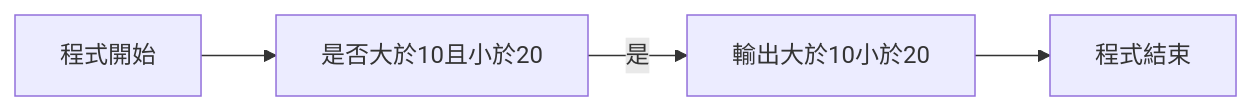
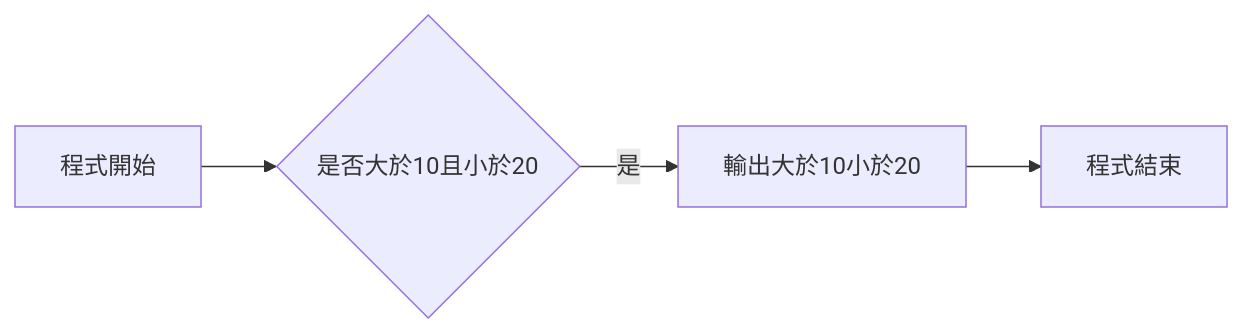
Before and after one commit to Vincenttainan/CppTeachingNote: the third of 5 diagrams in 06_condition.md, drawn with Mermaid. The commit also changed other lines of this file, not shown here.

````diff
--- a/06_condition.md
+++ b/06_condition.md
@@ -77,6 +75,6 @@
 ```mermaid
 flowchart LR
-程式開始 --> 是否大於10且小於20
-是否大於10且小於20 --> |是|輸出大於10小於20
+程式開始 --> a{是否大於10且小於20}
+a --> |是|輸出大於10小於20
 輸出大於10小於20 --> 程式結束
 ```
````
